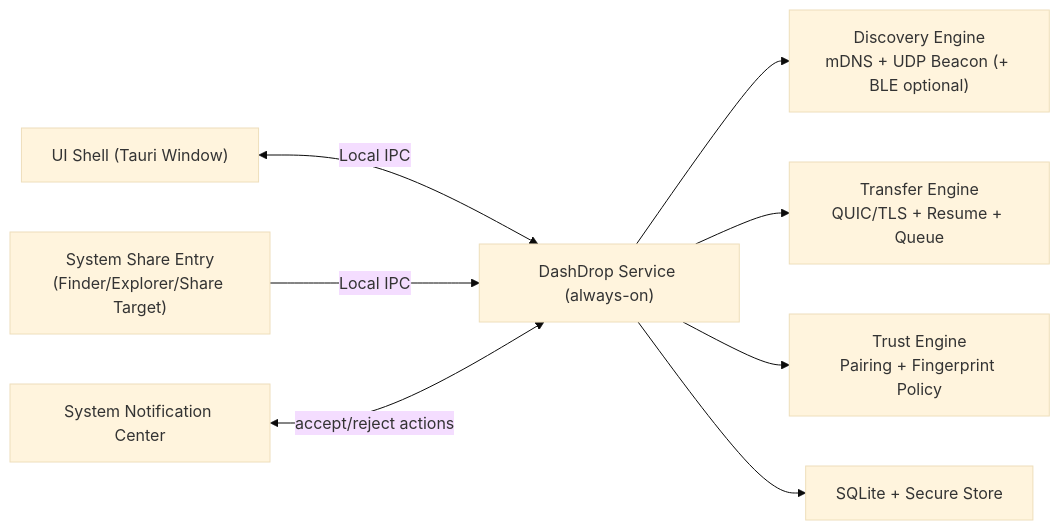
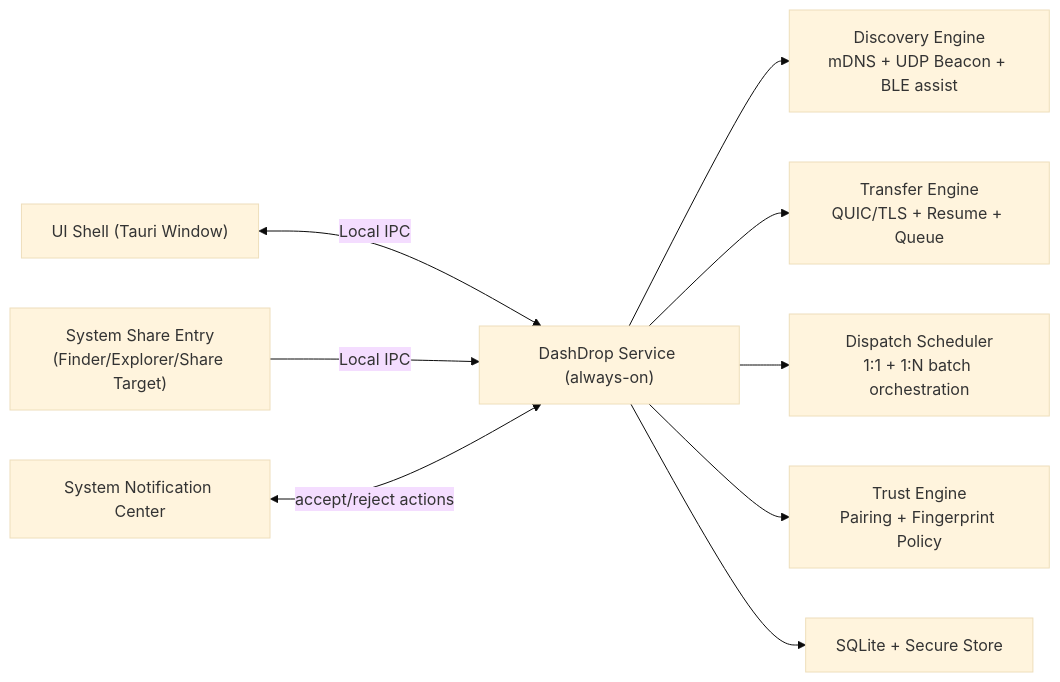
Before and after one commit to yangcandoit/DashDrop: the diagram in docs/AIRDROP_SEAMLESS_EXPERIENCE_DESIGN.md, drawn with Mermaid (base theme). The commit also changed other lines of this file, not shown here.

Commit message:
docs: extend seamless design with BLE compatibility and one-to-many transfer

````diff
--- a/docs/AIRDROP_SEAMLESS_EXPERIENCE_DESIGN.md
+++ b/docs/AIRDROP_SEAMLESS_EXPERIENCE_DESIGN.md
@@ -54,10 +59,11 @@
 ```mermaid
 flowchart LR
   UI["UI Shell (Tauri Window)"] <-->|"Local IPC"| DAEMON["DashDrop Service (always-on)"]
   SHARE["System Share Entry\n(Finder/Explorer/Share Target)"] -->|"Local IPC"| DAEMON
   NOTIFY["System Notification Center"] <-->|"accept/reject actions"| DAEMON
-  DAEMON --> DISC["Discovery Engine\nmDNS + UDP Beacon (+ BLE optional)"]
+  DAEMON --> DISC["Discovery Engine\nmDNS + UDP Beacon + BLE assist"]
   DAEMON --> TRANS["Transfer Engine\nQUIC/TLS + Resume + Queue"]
+  DAEMON --> SCHED["Dispatch Scheduler\n1:1 + 1:N batch orchestration"]
   DAEMON --> TRUST["Trust Engine\nPairing + Fingerprint Policy"]
   DAEMON --> STORE["SQLite + Secure Store"]
 ```
````
